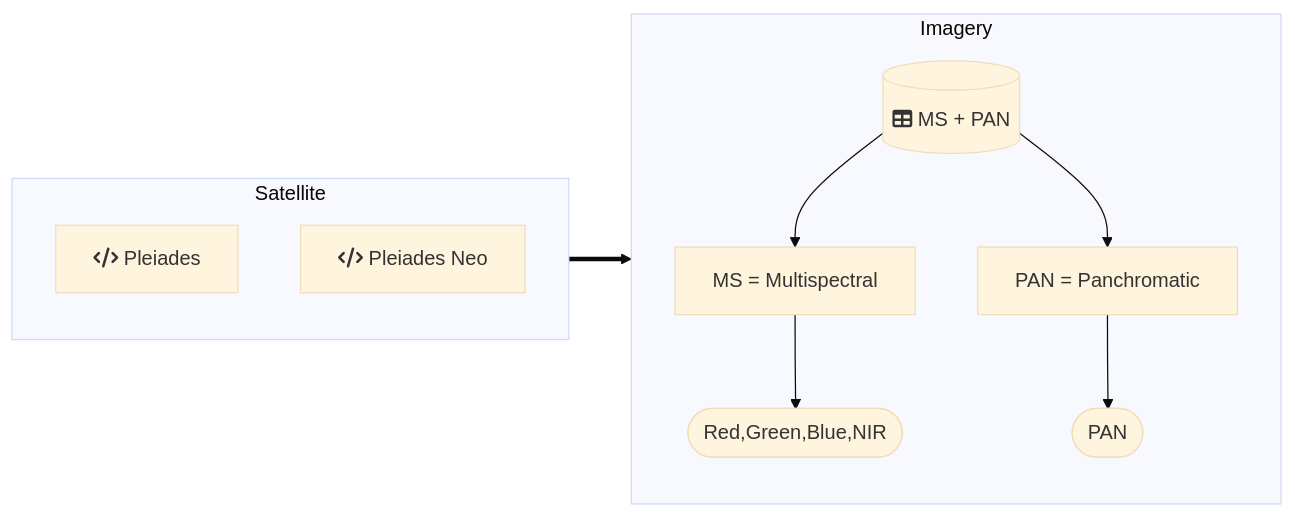
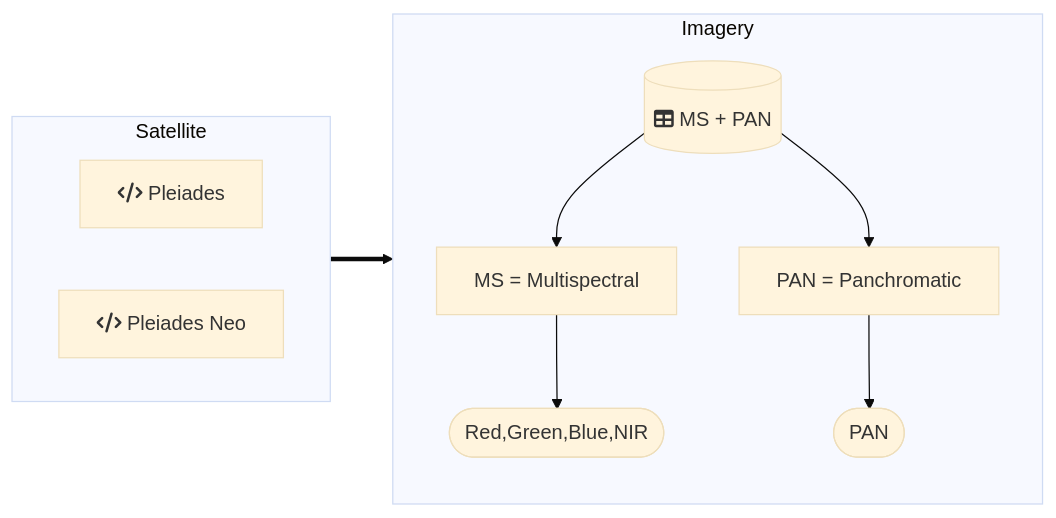
One commit to DippoldEJ/Satellite-Datasets changed the diagram in README.md. Above: the diagram before and after it, drawn with Mermaid (base theme).

````diff
--- a/README.md
+++ b/README.md
@@ -10,22 +10,23 @@
 ```mermaid
 flowchart LR;
 
 subgraph e[Satellite]
+direction LR
     s[fa:fa-code Pleiades]
     a[fa:fa-code Pleiades Neo]
     end
 
  subgraph f[Imagery]
         db[(fa:fa-table MS + PAN)]
         m[MS = Multispectral]
         p[PAN = Panchromatic]
         b([Red,Green,Blue,NIR])
         c([PAN])
     end
 
     e==>f
     db-->m
     db-->p
     m-->b
     p-->c
 ```
````
